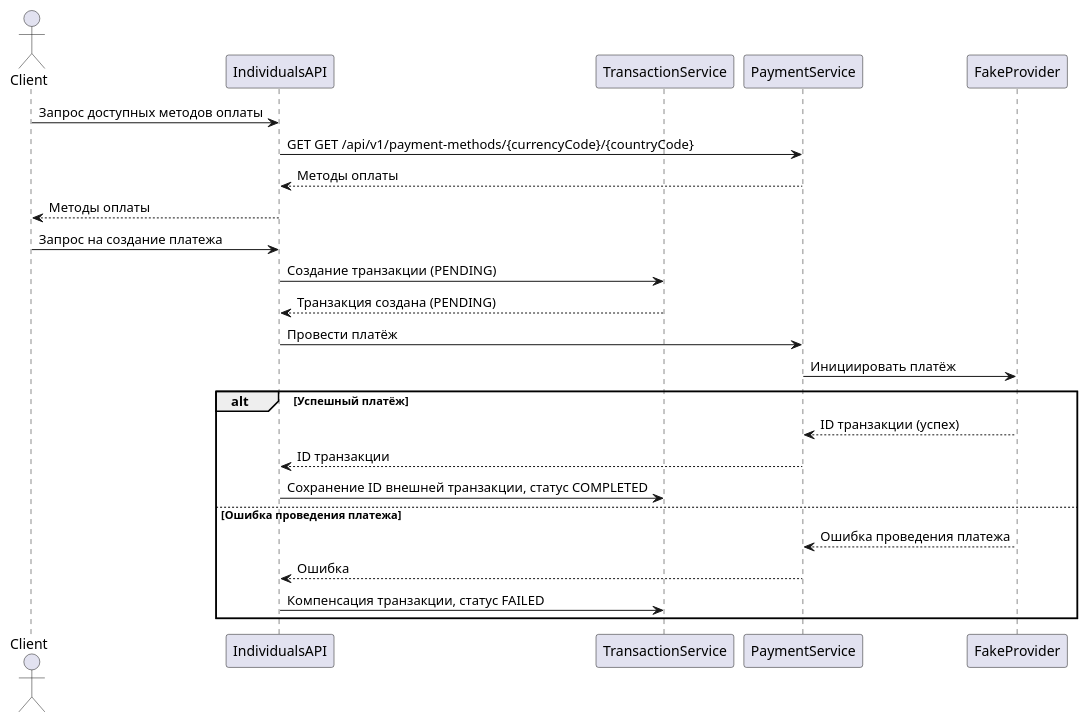
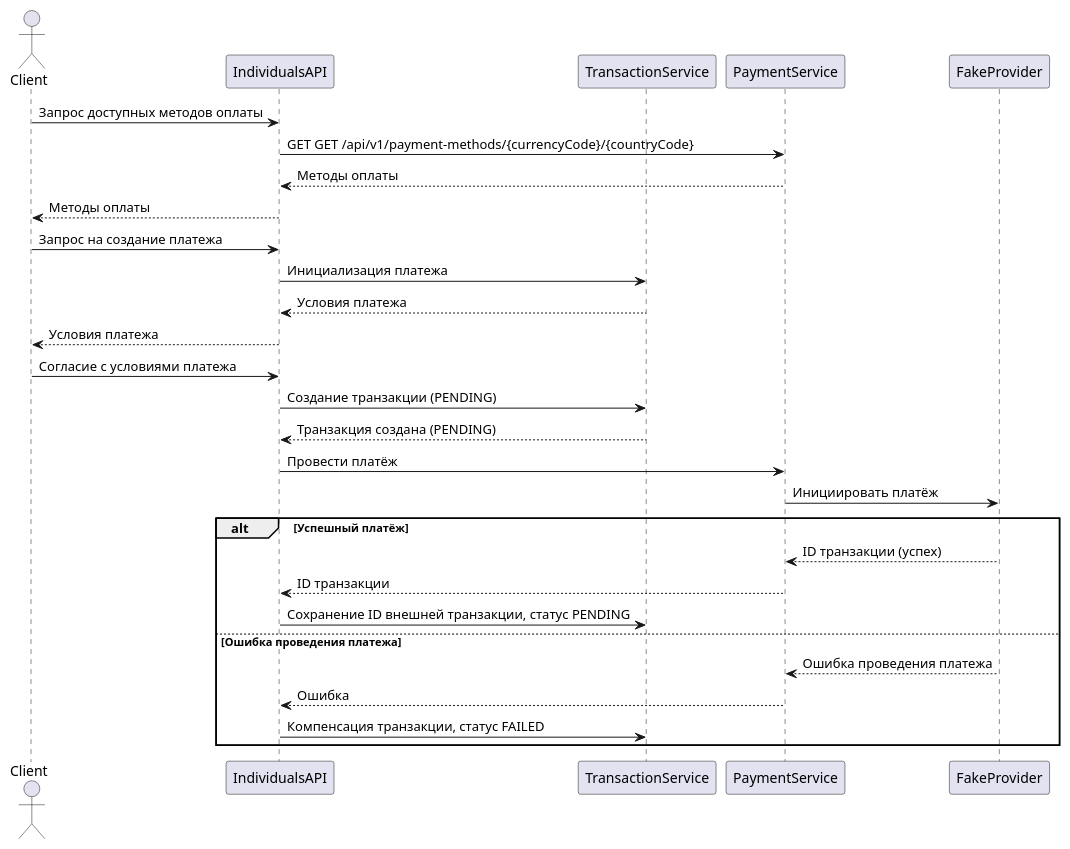
Before and after one commit to ubivza/payment-system: the diagram in diagrams/module_6/sequence_diagram_m6.puml, drawn with PlantUML. The commit also changed 1 other file, not shown here.

Commit message:
diagrams fixed

```diff
--- a/diagrams/module_6/sequence_diagram_m6.puml
+++ b/diagrams/module_6/sequence_diagram_m6.puml
@@ -1,29 +1,33 @@
 @startuml
 actor Client
 participant IndividualsAPI
 participant TransactionService
 participant PaymentService
 participant FakeProvider
 
 Client -> IndividualsAPI: Запрос доступных методов оплаты
 IndividualsAPI -> PaymentService: GET GET /api/v1/payment-methods/{currencyCode}/{countryCode}
 PaymentService --> IndividualsAPI: Методы оплаты
 IndividualsAPI --> Client: Методы оплаты
 
 Client -> IndividualsAPI: Запрос на создание платежа
+IndividualsAPI -> TransactionService: Инициализация платежа
+TransactionService --> IndividualsAPI: Условия платежа
+IndividualsAPI --> Client: Условия платежа
+Client -> IndividualsAPI: Согласие с условиями платежа
 IndividualsAPI -> TransactionService: Создание транзакции (PENDING)
 TransactionService --> IndividualsAPI: Транзакция создана (PENDING)
 
 IndividualsAPI -> PaymentService: Провести платёж
 PaymentService -> FakeProvider: Инициировать платёж
 
 alt Успешный платёж
     FakeProvider --> PaymentService: ID транзакции (успех)
     PaymentService --> IndividualsAPI: ID транзакции
-    IndividualsAPI -> TransactionService: Сохранение ID внешней транзакции, статус COMPLETED
+    IndividualsAPI -> TransactionService: Сохранение ID внешней транзакции, статус PENDING
 else Ошибка проведения платежа
     FakeProvider --> PaymentService: Ошибка проведения платежа
     PaymentService --> IndividualsAPI: Ошибка
     IndividualsAPI -> TransactionService: Компенсация транзакции, статус FAILED
 end
 @enduml
```
